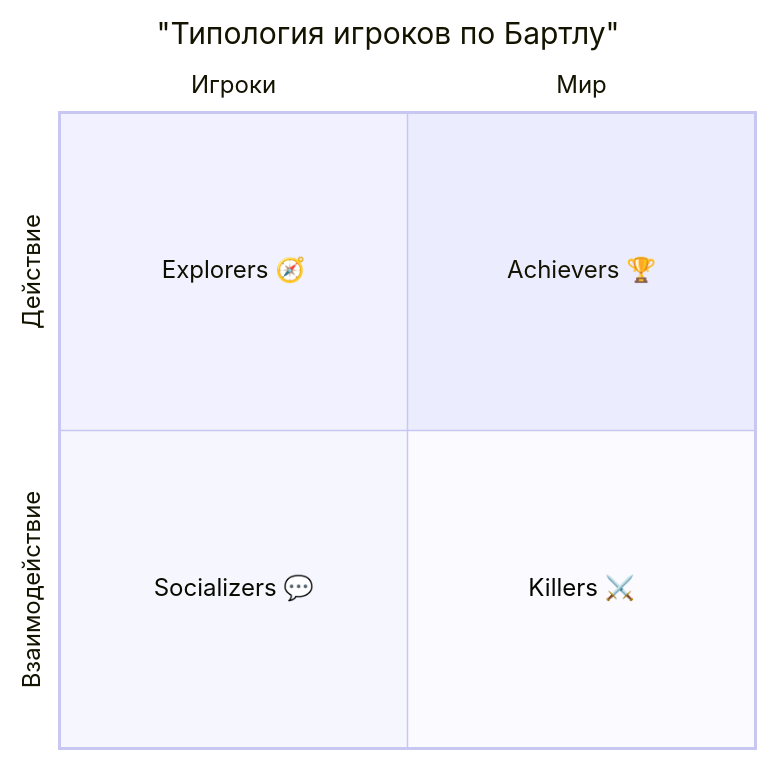
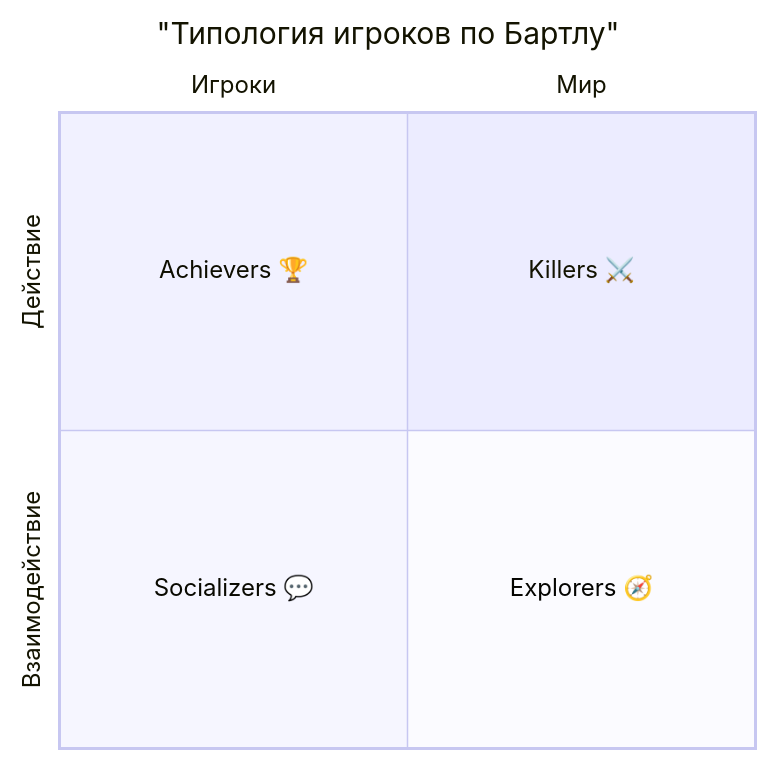
Before and after one commit to TrEtLiz/prepod: the second of 2 diagrams in prepod/topics/ru/lec3.md, drawn with Mermaid.

````diff
--- a/prepod/topics/ru/lec3.md
+++ b/prepod/topics/ru/lec3.md
@@ -181,10 +181,10 @@
 ```mermaid
 quadrantChart
     title "Типология игроков по Бартлу"
     x-axis "Игроки" --> "Мир"
     y-axis "Взаимодействие" --> "Действие"
-    quadrant-1 "Achievers 🏆"
-    quadrant-2 "Explorers 🧭"
+    quadrant-1 "Killers ⚔️"
+    quadrant-2 "Achievers 🏆"
     quadrant-3 "Socializers 💬"
-    quadrant-4 "Killers ⚔️"
+    quadrant-4 "Explorers 🧭"
 ```
````
